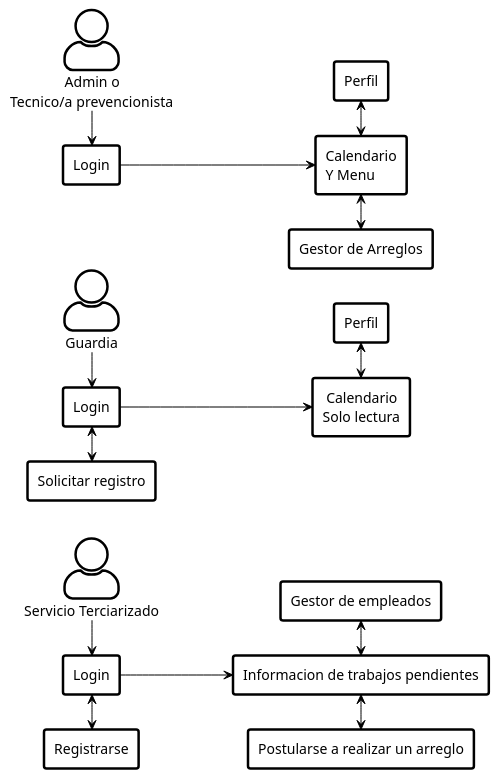
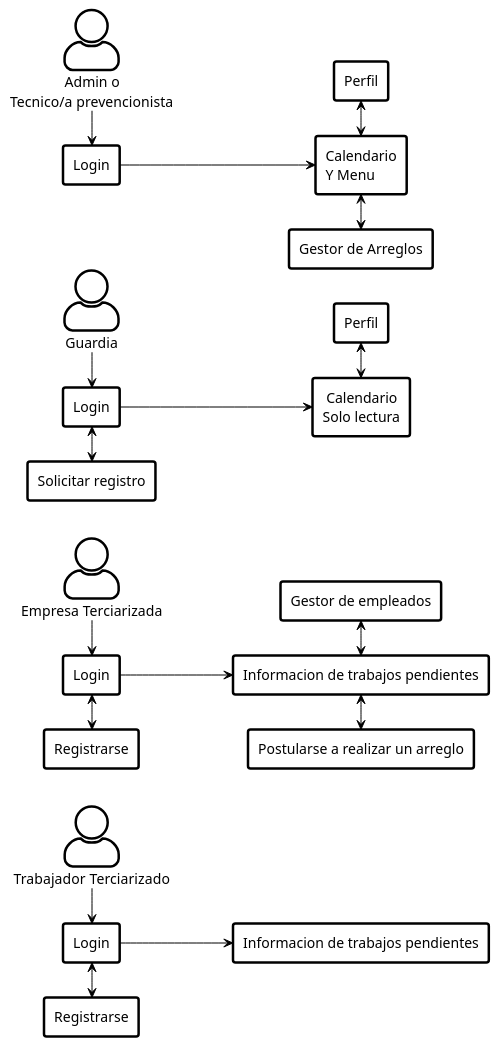
One commit to Arcemist/ProyectoUTU changed the diagram in docs/Casos_de_uso/Diagramas_de_casos_de_uso.puml. Above: the diagram before and after it, drawn with PlantUML. The commit also changed 3 other files, not shown here.

Commit message:
Modifique el diagrama de casos de uso

```diff
--- a/docs/Casos_de_uso/Diagramas_de_casos_de_uso.puml
+++ b/docs/Casos_de_uso/Diagramas_de_casos_de_uso.puml
@@ -1,69 +1,81 @@
 @startuml "Diagramas de casos de uso"
 
 skinparam {
 	Backgroundcolor White
 	Linetype Ortho
 	ArrowColor Black
 	Actor {
 		Style Awesome
 		BackgroundColor White
 		FontColor Black
 		BorderColor Black
 		BorderThickness 2.5
-	} 
+	}
 	Component {
 		Style Rectangle
 		FontColor Black
 		BackgroundColor White
 		BorderColor Black
 		BorderThickness 2.5
 	}
 }
 
 left to right direction
 
 '_____________________________________________________________________________________________________________________
 :Admin o Tecnico prevencionista: as "               Admin o\nTecnico/a prevencionista"
 [Login Admin] as "Login"
 :Admin o Tecnico prevencionista: -r-> [Login Admin]
 
 [Calendario Admin] as "Calendario\nY Menu"
 [Login Admin] -d-> [Calendario Admin]
 
 [Gestor de arreglos Admin] as "Gestor de Arreglos"
 [Calendario Admin] <-r-> [Gestor de arreglos Admin]
 
 [Perfil Admin] as "Perfil"
 [Calendario Admin] <-l-> [Perfil Admin]
 '_____________________________________________________________________________________________________________________
 :Guardia:
 [Login Guardia] as "Login"
 :Guardia: -r-> [Login Guardia]
 
 [Calendario Guardia] as " Calendario\nSolo lectura"
 [Login Guardia] -d-> [Calendario Guardia]
 
 [Solicitar registro Guardia] as "Solicitar registro"
 [Login Guardia] <-r-> [Solicitar registro Guardia]
 
 [Perfil Guardia] as "Perfil"
 [Calendario Guardia] <-l-> [Perfil Guardia]
 '_____________________________________________________________________________________________________________________
-:Servicio Terciarizado:
-[Login Terciarizado] as "Login"
-:Servicio Terciarizado: -r-> [Login Terciarizado]
+:Empresa Terciarizada:
+[Login Terciarizado E] as "Login"
+:Empresa Terciarizada: -r-> [Login Terciarizado E]
 
-[Registrarse]
-[Login Terciarizado] <-r-> [Registrarse]
+[Registrarse E] as "Registrarse"
+[Login Terciarizado E] <-r-> [Registrarse E]
 
-[Informacion de trabajos pendientes]
-[Login Terciarizado] -d-> [Informacion de trabajos pendientes]
+[Informacion de trabajos pendientes E] as "Informacion de trabajos pendientes"
+[Login Terciarizado E] -d-> [Informacion de trabajos pendientes E]
 
 [Gestor de empleados terciarizados] as "Gestor de empleados"
-[Informacion de trabajos pendientes] <-l-> [Gestor de empleados terciarizados]
+[Informacion de trabajos pendientes E] <-l-> [Gestor de empleados terciarizados]
 
 [Postularse a realizar un arreglo]
-[Informacion de trabajos pendientes] <-r-> [Postularse a realizar un arreglo]
+[Informacion de trabajos pendientes E] <-r-> [Postularse a realizar un arreglo]
+'_____________________________________________________________________________________________________________________
+:Trabajador Terciarizado:
+[Login Terciarizado T] as "Login"
+:Trabajador Terciarizado: -r-> [Login Terciarizado T]
+
+[Registrarse T] as "Registrarse"
+[Login Terciarizado T] <-r-> [Registrarse T]
+
+[Informacion de trabajos pendientes T] as "Informacion de trabajos pendientes"
+[Login Terciarizado T] -d-> [Informacion de trabajos pendientes T]
 '_____________________________________________________________________________________________________________________
 
+[Registrarse E] -[hidden]r- :Trabajador Terciarizado:
+
 @enduml
```
